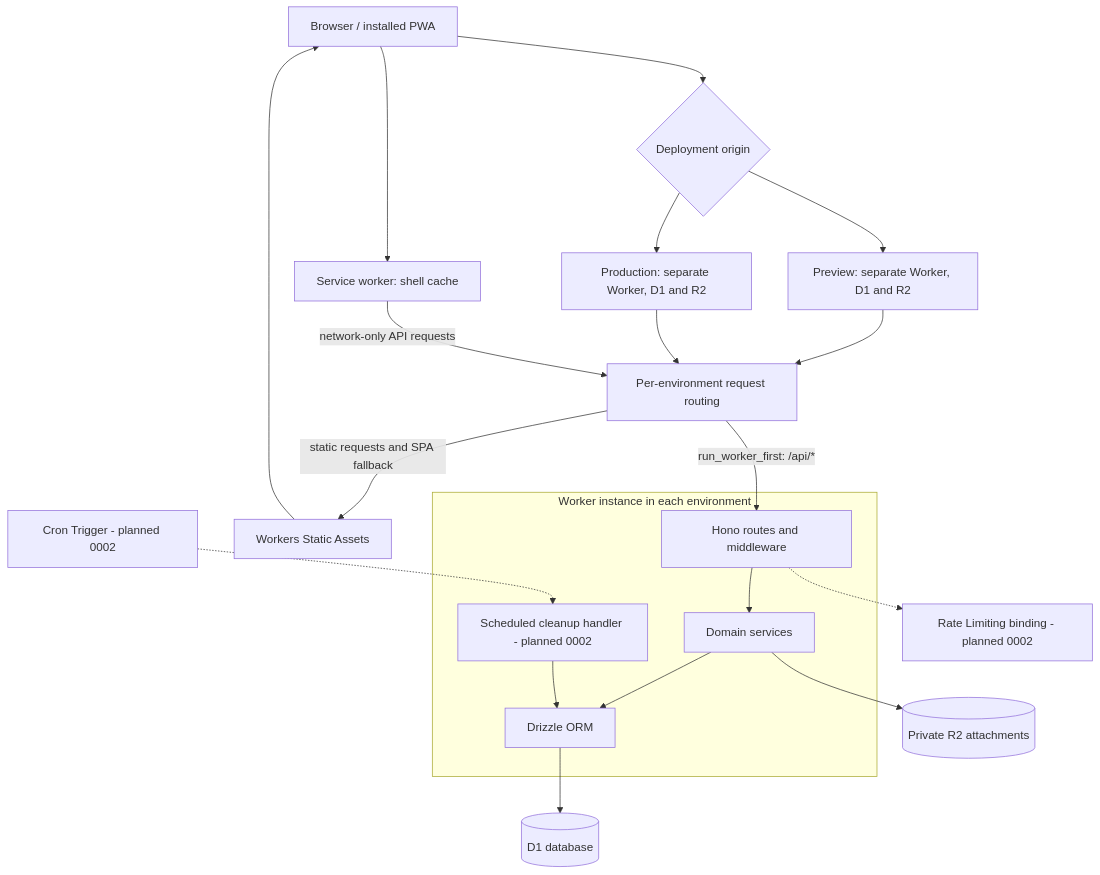
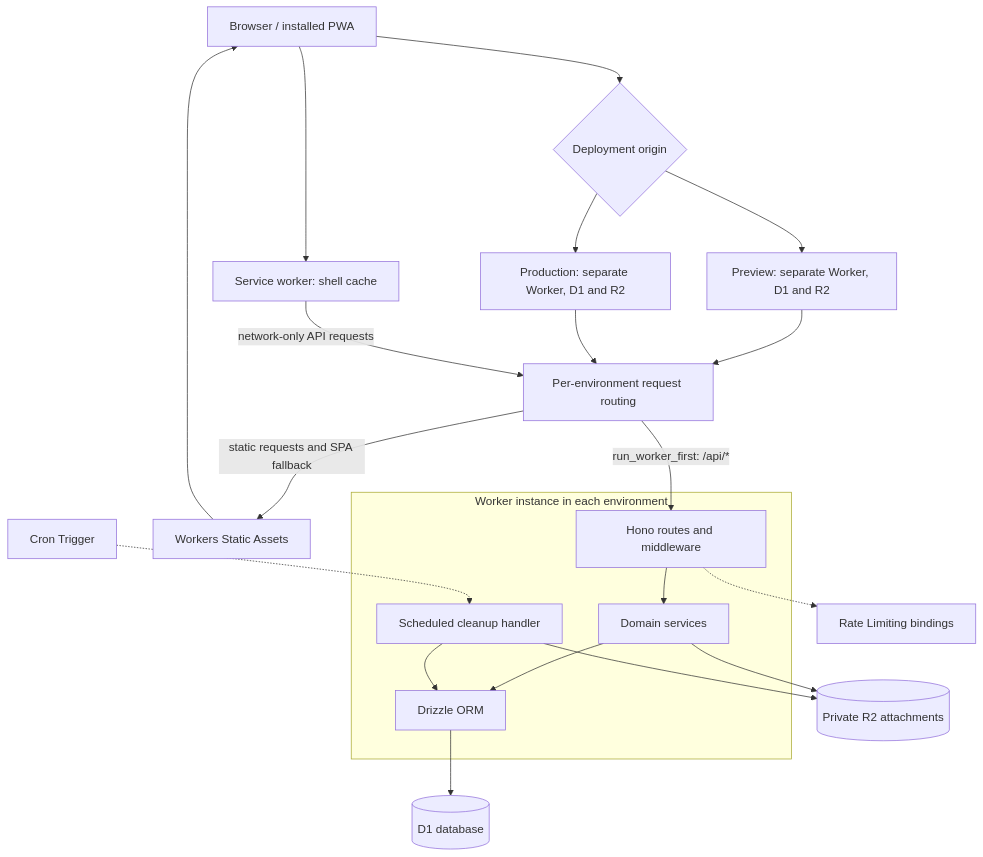
Before and after one commit to cohix/dogoodarching: the diagram in aspec/architecture/design.md, drawn with Mermaid. The commit also changed other lines of this file and 86 other files, not shown here.

````diff
--- a/aspec/architecture/design.md
+++ b/aspec/architecture/design.md
@@ -46,22 +46,23 @@
 ```mermaid
 flowchart TD
     Browser["Browser / installed PWA"] --> SW["Service worker: shell cache"]
     Browser --> Select{"Deployment origin"}
     Select --> Preview["Preview: separate Worker, D1 and R2"]
     Select --> Production["Production: separate Worker, D1 and R2"]
     Preview --> Routing["Per-environment request routing"]
     Production --> Routing
     SW -->|"network-only API requests"| Routing
     Routing -->|"static requests and SPA fallback"| Assets["Workers Static Assets"]
     Routing -->|"run_worker_first: /api/*"| Routes
     subgraph Worker["Worker instance in each environment"]
         Routes["Hono routes and middleware"] --> Services["Domain services"]
         Services --> Drizzle["Drizzle ORM"]
-        Cleanup["Scheduled cleanup handler - planned 0002"] --> Drizzle
+        Cleanup["Scheduled cleanup handler"] --> Drizzle
     end
     Drizzle --> D1[("D1 database")]
     Services --> R2[("Private R2 attachments")]
-    Cron["Cron Trigger - planned 0002"] -.-> Cleanup
-    Routes -.-> Rate["Rate Limiting binding - planned 0002"]
+    Cleanup --> R2
+    Cron["Cron Trigger"] -.-> Cleanup
+    Routes -.-> Rate["Rate Limiting bindings"]
     Assets --> Browser
 ```
````
